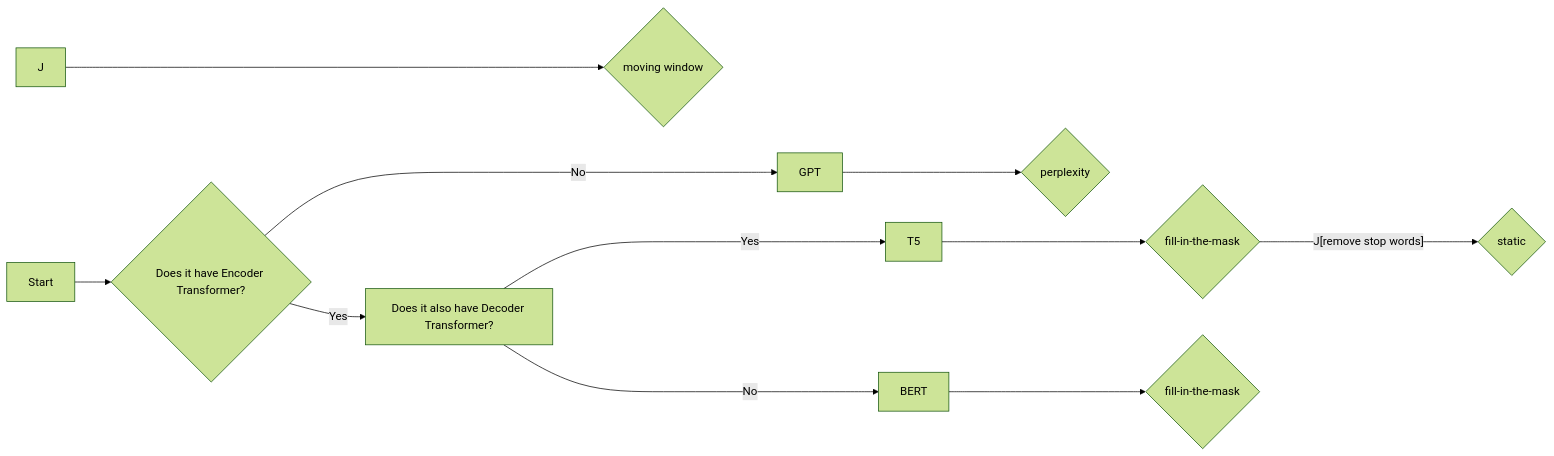
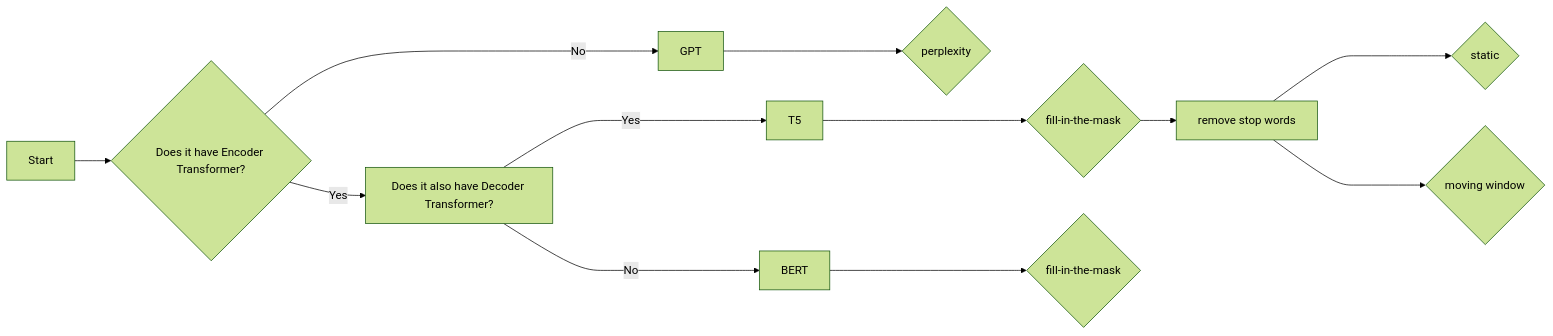
Before and after one commit to yancong222/scriptscz: the diagram in README.md, drawn with Mermaid (forest theme).

````diff
--- a/README.md
+++ b/README.md
@@ -3,14 +3,14 @@
 ```mermaid
 flowchart LR
     A[Start] --> B{Does it have Encoder Transformer?}
     B -- Yes --> C[Does it also have Decoder Transformer?]
     C -- Yes ----> D[T5] ----> G{fill-in-the-mask}
-    G -- J[remove stop words] ----> K{static}
+    G --> J[remove stop words] ----> K{static}
     J ----> L{moving window}
     C -- No ----> E[BERT] ----> H{fill-in-the-mask}
     B -- No ----> F[GPT] ----> I{perplexity}
     click A "https://github.com/yancong222/scriptscz/blob/main/perplexity/ed_perplexity.py" _blank
     click B "http://www.github.com" "Open this in a new tab" _blank
     click C href "http://www.github.com" _blank
     click D href "http://www.github.com" "Open this in a new tab" _blank
 ```
````
